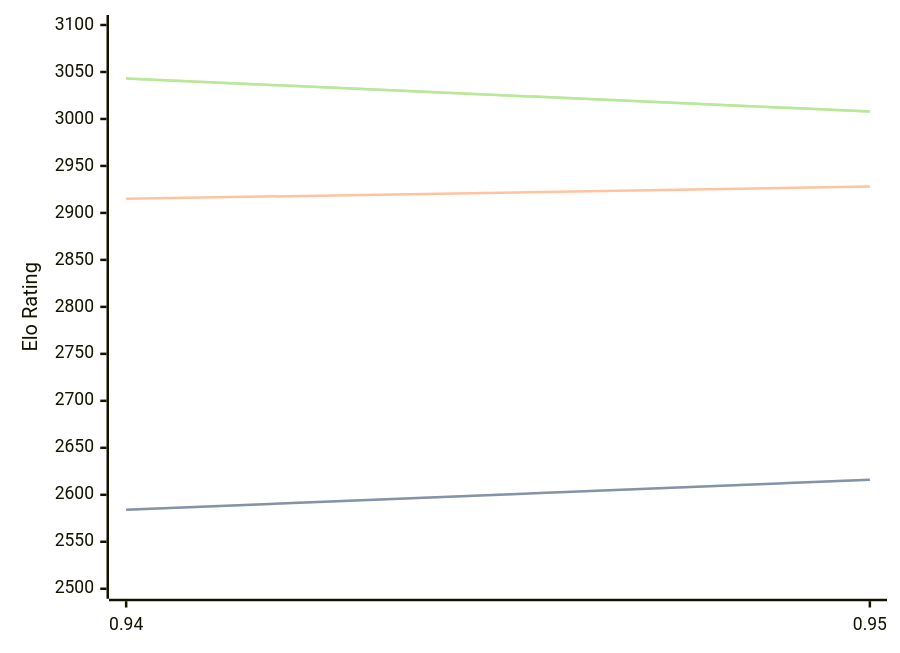
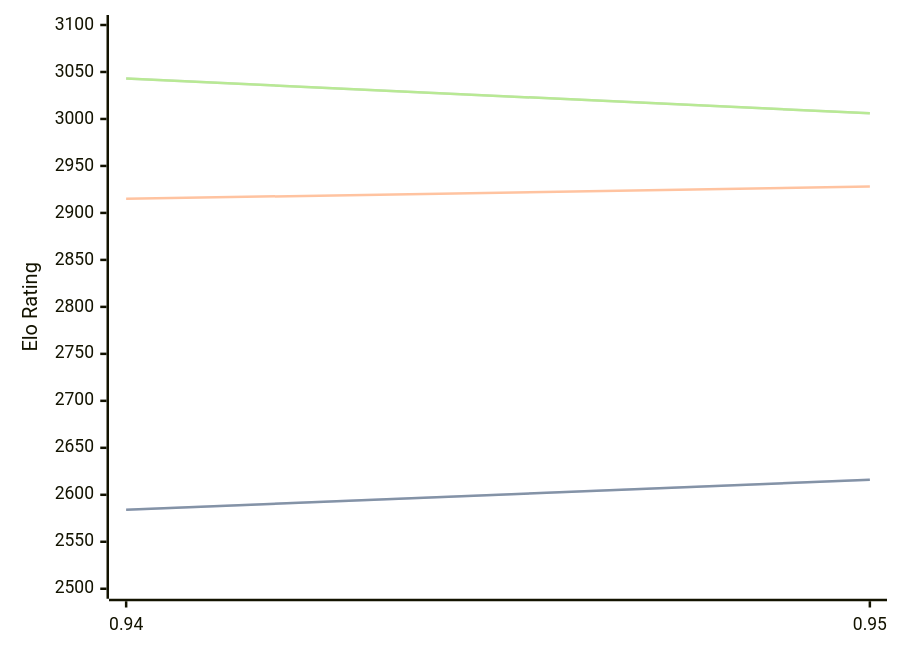
One commit to computer-chess-index/cci changed the diagram in engines/Myrddin.md. Above: the diagram before and after it, drawn with Mermaid. The commit also changed other lines of this file, not shown here.

Commit message:
Update CCI Ratings (ELO VLTC) - 2026-06-09

````diff
--- a/engines/Myrddin.md
+++ b/engines/Myrddin.md
@@ -37,11 +38,11 @@
 ```mermaid
 %%{init: {"theme":"base","themeVariables":{"seriesColors:['#a3a3a3','#222221','#faa371']}}}%%
 xychart-beta
   x-axis ["0.94", "0.95"]
   y-axis "Elo Rating" 2500 --> 3100
   line "STC (8.0+0.08s)" [2584, 2616]
   line "STC (8.0+0.08s)" [2584, 2616]
   line "LTC (60.0+0.60s)" [2915, 2928]
-  line "VLTC (2m24s+1.12s)" [3043, 3008]
-  line "VLTC (2m24s+1.12s)" [3043, 3008]
+  line "VLTC (2m24s+1.12s)" [3043, 3006]
+  line "VLTC (2m24s+1.12s)" [3043, 3006]
 ```
````
